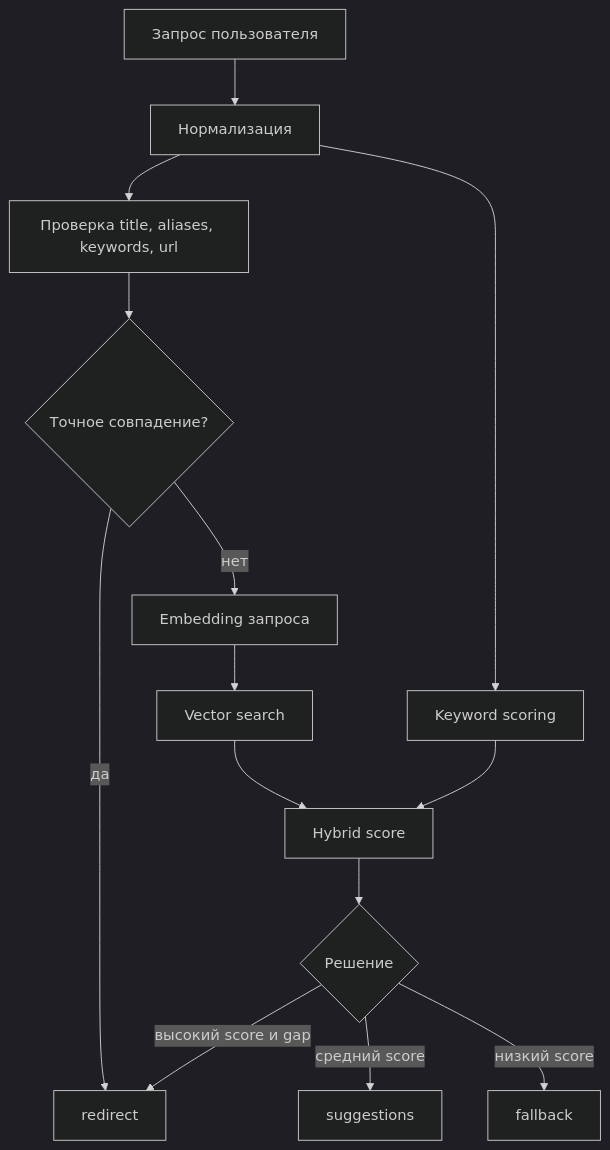
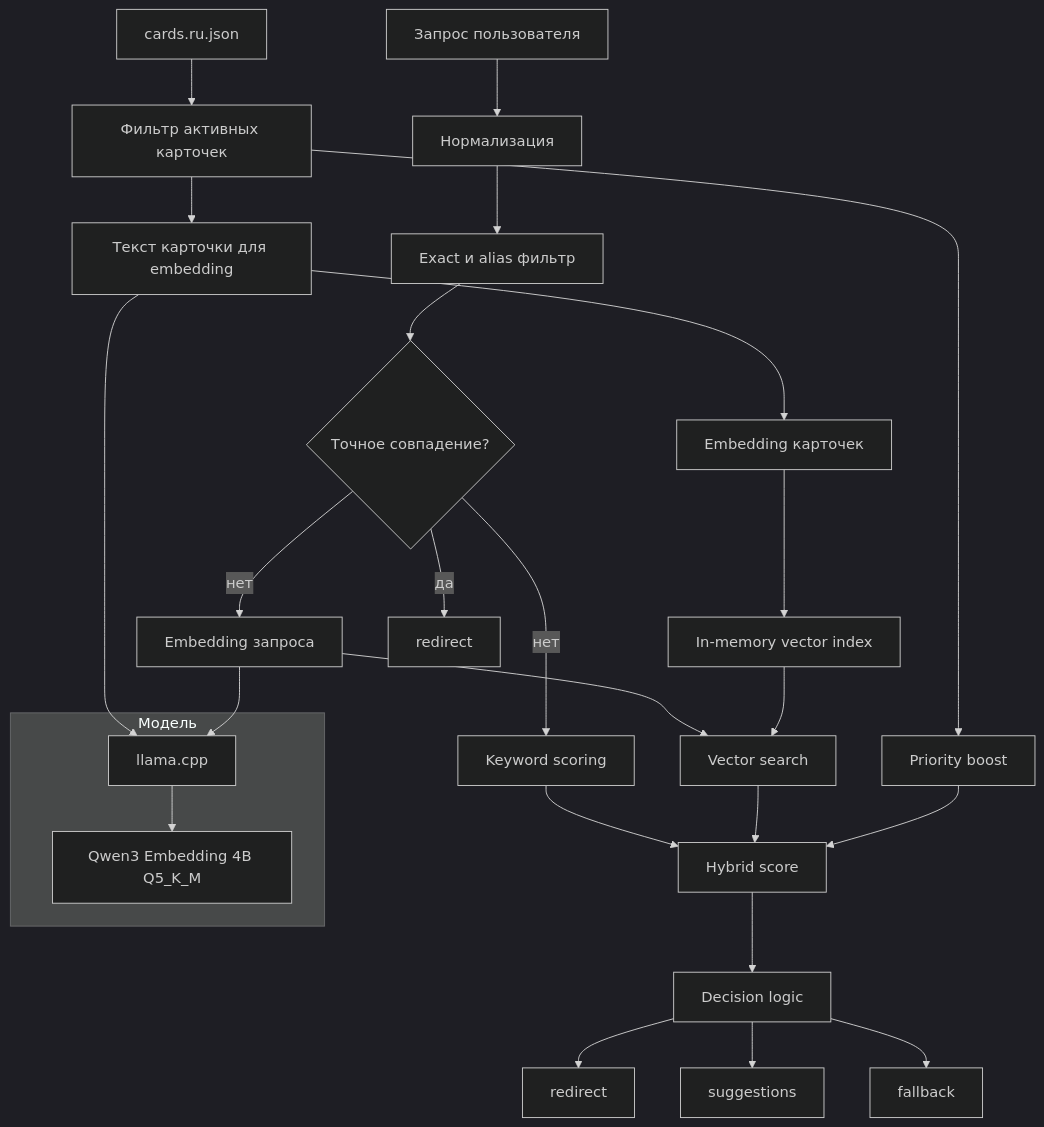
Before and after one commit to GockMock/MOSPOLI_LMS: the third of 3 diagrams in docs/ai-navigation-architecture.md, drawn with Mermaid (dark theme). The commit also changed other lines of this file, not shown here.

Commit message:
Condense AI architecture docs to three diagrams

````diff
--- a/docs/ai-navigation-architecture.md
+++ b/docs/ai-navigation-architecture.md
@@ -92,16 +96,50 @@
 ```mermaid
 flowchart TD
-    q[Запрос пользователя] --> n[Нормализация]
-    n --> exact[Проверка title, aliases, keywords, url]
-    exact --> hit{Точное совпадение?}
-    hit -->|да| redirect[redirect]
-    hit -->|нет| emb[Embedding запроса]
-    emb --> vector[Vector search]
-    n --> keyword[Keyword scoring]
-    vector --> hybrid[Hybrid score]
+    cards[cards.ru.json]
+    active[Фильтр активных карточек]
+    text[Текст карточки для embedding]
+    cardEmb[Embedding карточек]
+    memory[In-memory vector index]
+
+    cards --> active
+    active --> text
+    text --> cardEmb
+    cardEmb --> memory
+
+    query[Запрос пользователя]
+    normalize[Нормализация]
+    exact[Exact и alias фильтр]
+    keyword[Keyword scoring]
+    queryEmb[Embedding запроса]
+    vector[Vector search]
+    hybrid[Hybrid score]
+    decision[Decision logic]
+
+    query --> normalize
+    normalize --> exact
+    exact --> exactHit{Точное совпадение?}
+    exactHit -->|да| redirect1[redirect]
+    exactHit -->|нет| keyword
+    exactHit -->|нет| queryEmb
+
+    queryEmb --> vector
+    memory --> vector
     keyword --> hybrid
-    hybrid --> decision{Решение}
-    decision -->|высокий score и gap| redirect
-    decision -->|средний score| suggest[suggestions]
-    decision -->|низкий score| fallback[fallback]
+    vector --> hybrid
+    active --> priority[Priority boost]
+    priority --> hybrid
+
+    hybrid --> decision
+    decision --> redirect2[redirect]
+    decision --> suggest[suggestions]
+    decision --> fallback[fallback]
+
+    subgraph model[Модель]
+        llama[llama.cpp]
+        qwen[Qwen3 Embedding 4B Q5_K_M]
+        llama --> qwen
+    end
+
+    text --> llama
+    queryEmb --> llama
 ```
````
